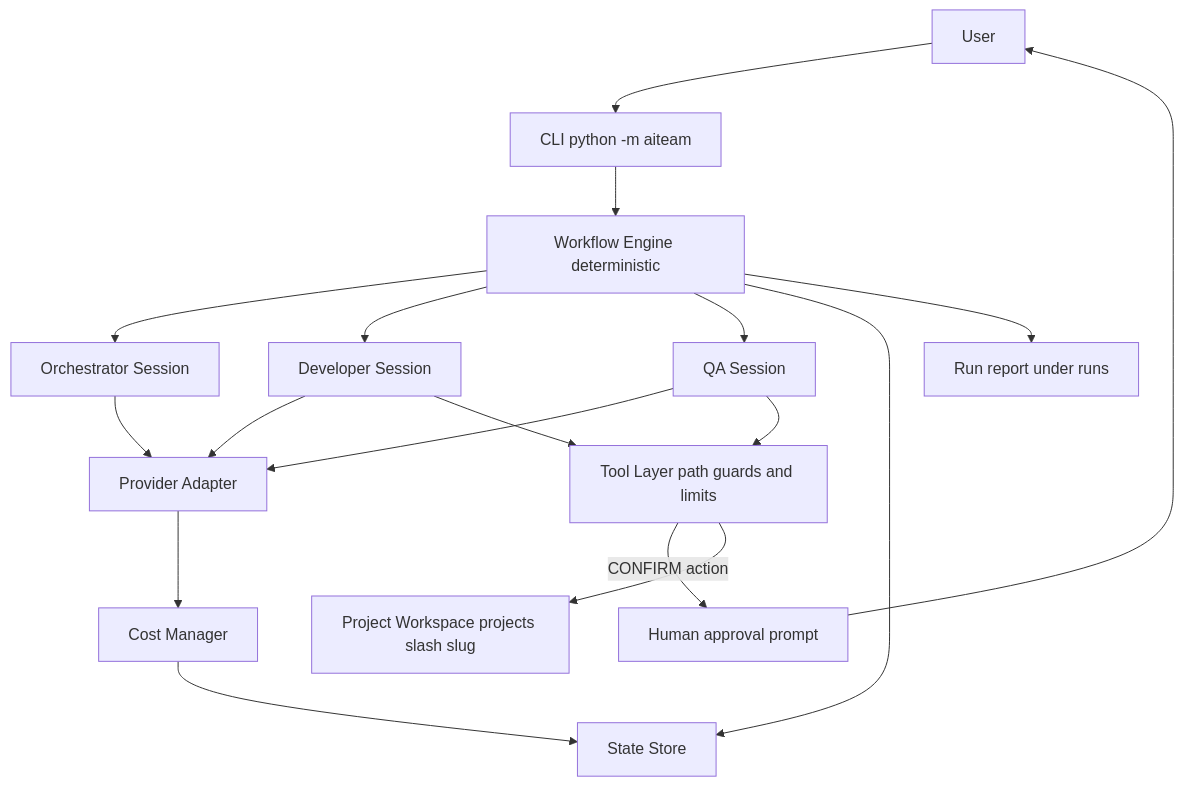
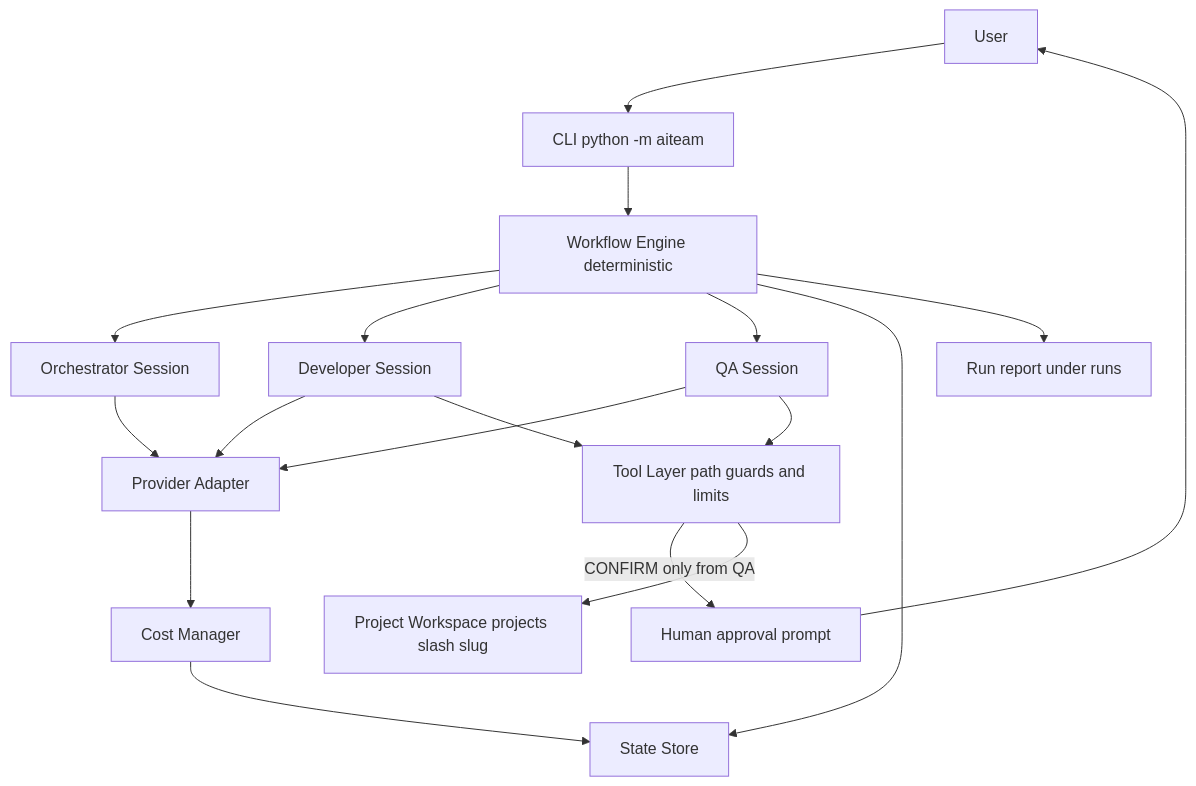
The first of 4 diagrams in plans/phase1-architecture-plan.md (yun07/AIEngineeringTeam), drawn with Mermaid before and after one commit. The commit also changed other lines of this file and 1 other file, not shown here.

````diff
--- a/plans/phase1-architecture-plan.md
+++ b/plans/phase1-architecture-plan.md
@@ -141,20 +156,20 @@
 ```mermaid
 flowchart TD
     U[User] --> CLI[CLI python -m aiteam]
     CLI --> ENG[Workflow Engine deterministic]
     ENG --> ORC[Orchestrator Session]
     ENG --> DEV[Developer Session]
     ENG --> QA[QA Session]
     ORC --> PROV[Provider Adapter]
     DEV --> PROV
     QA --> PROV
     DEV --> TOOLS[Tool Layer path guards and limits]
     QA --> TOOLS
-    TOOLS -->|CONFIRM action| APPR[Human approval prompt]
+    TOOLS -->|CONFIRM only from QA| APPR[Human approval prompt]
     APPR --> U
     TOOLS --> WS[Project Workspace projects slash slug]
     PROV --> COST[Cost Manager]
     COST --> STORE[State Store]
     ENG --> STORE
     ENG --> REP[Run report under runs]
 ```
````
